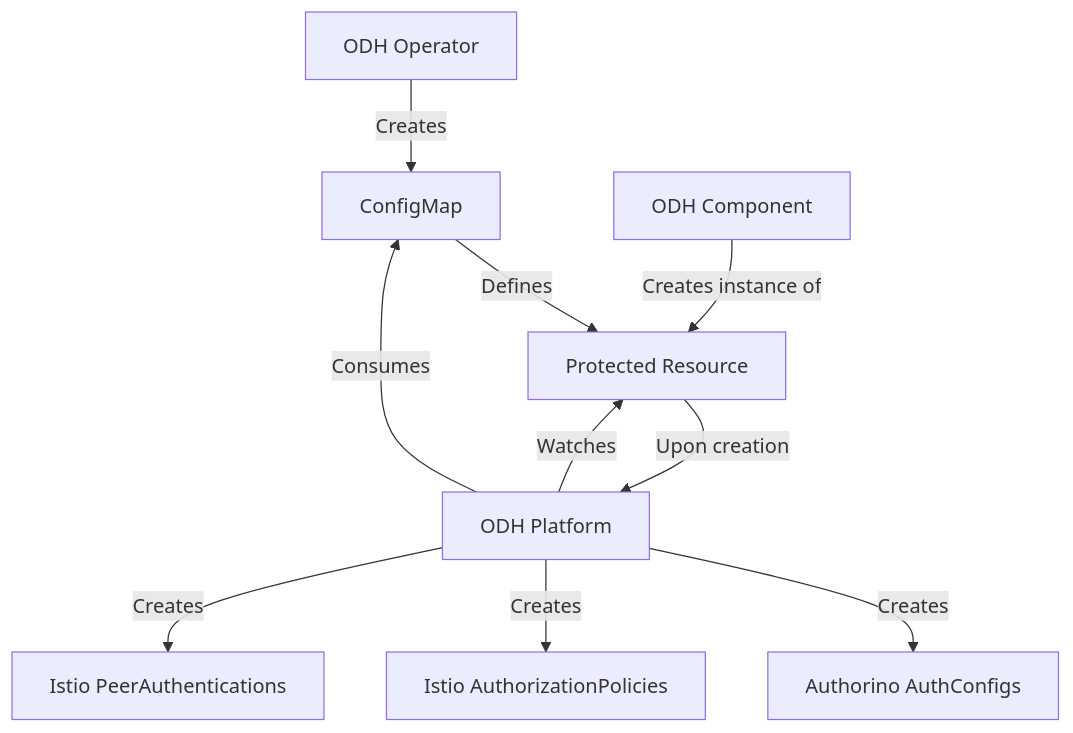
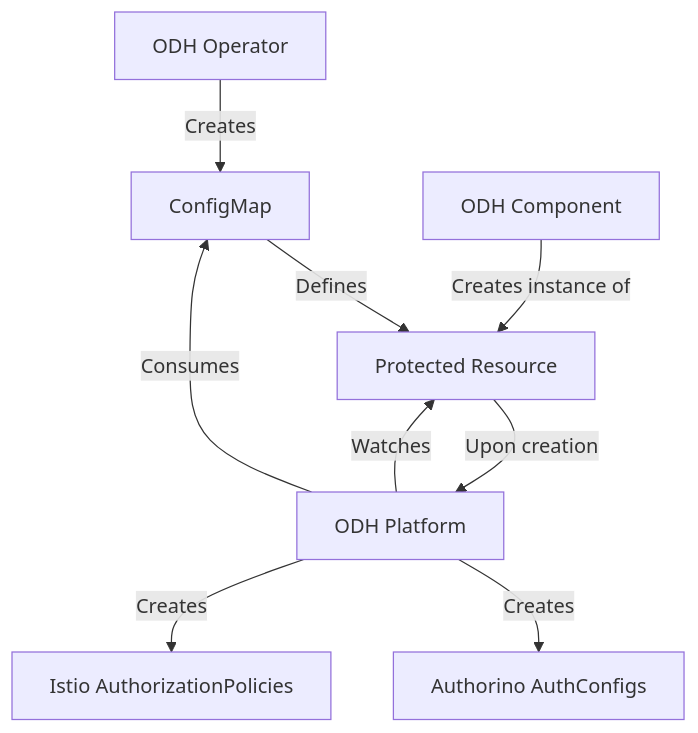
The first of 2 diagrams in README.md (maistra/odh-platform), drawn with Mermaid before and after one commit. The commit also changed other lines of this file and 1 other file, not shown here.

Commit message:
fixup: missed watch and docs in peer auth removal (#54)

````diff
--- a/README.md
+++ b/README.md
@@ -7,12 +7,11 @@
 ```mermaid
 graph TD
 A[ODH Operator] -->|Creates| B[ConfigMap]
 B -->|Defines| C[Protected Resource]
 D[ODH Platform] -->|Consumes| B
 D -->|Watches| C
 C -->|Upon creation| D
 D -->|Creates| E[Authorino AuthConfigs]
 D -->|Creates| F[Istio AuthorizationPolicies]
-D -->|Creates| G[Istio PeerAuthentications]
 H[ODH Component] -->|Creates instance of| C
 ```
````
